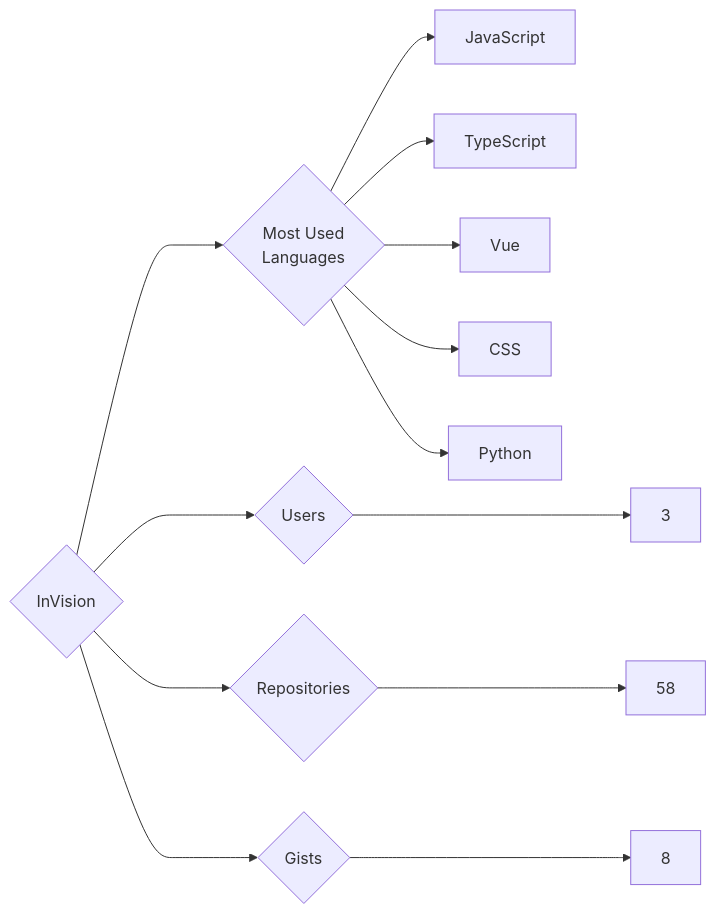
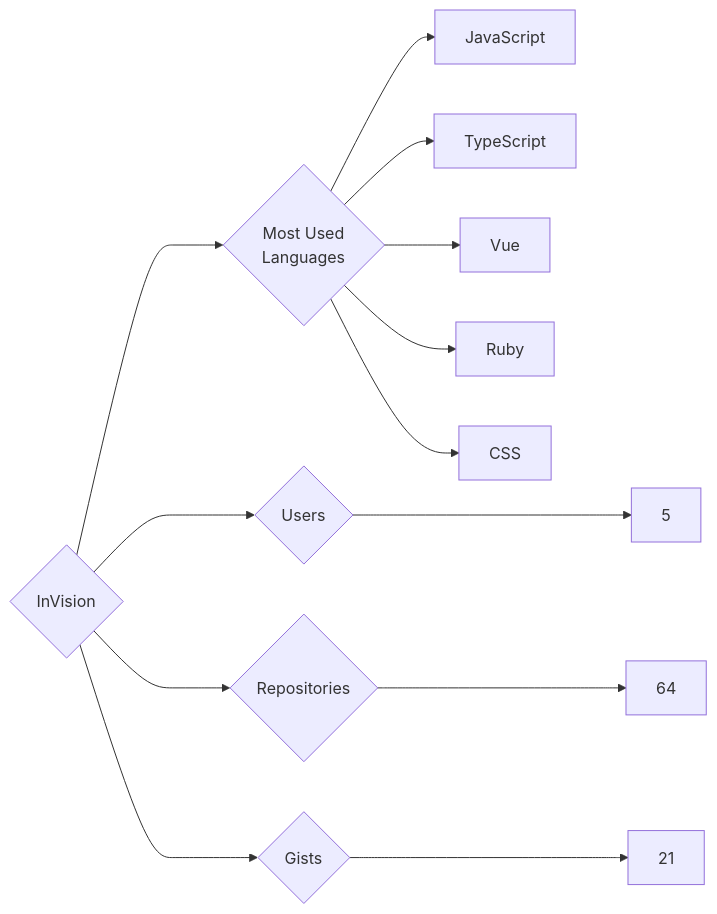
Before and after one commit to trickest/insiders: the diagram in targets/InVision/README.md, drawn with Mermaid. The commit also changed 823 other files, not shown here.

````diff
--- a/targets/InVision/README.md
+++ b/targets/InVision/README.md
@@ -3,13 +3,13 @@
 ```mermaid
 graph LR
 COMPANY_NAME{InVision}
-COMPANY_NAME ---> U{Users} ---> UN[3]
-COMPANY_NAME ---> R{Repositories} ---> RN[58]
-COMPANY_NAME ---> G{Gists} ---> GN[8]
+COMPANY_NAME ---> U{Users} ---> UN[5]
+COMPANY_NAME ---> R{Repositories} ---> RN[64]
+COMPANY_NAME ---> G{Gists} ---> GN[21]
 COMPANY_NAME ---> ML{Most Used<br>Languages}
 ML --> JavaScript[JavaScript]
 ML --> TypeScript[TypeScript]
 ML --> Vue[Vue]
+ML --> Ruby[Ruby]
 ML --> CSS[CSS]
-ML --> Python[Python]
 ```
````
